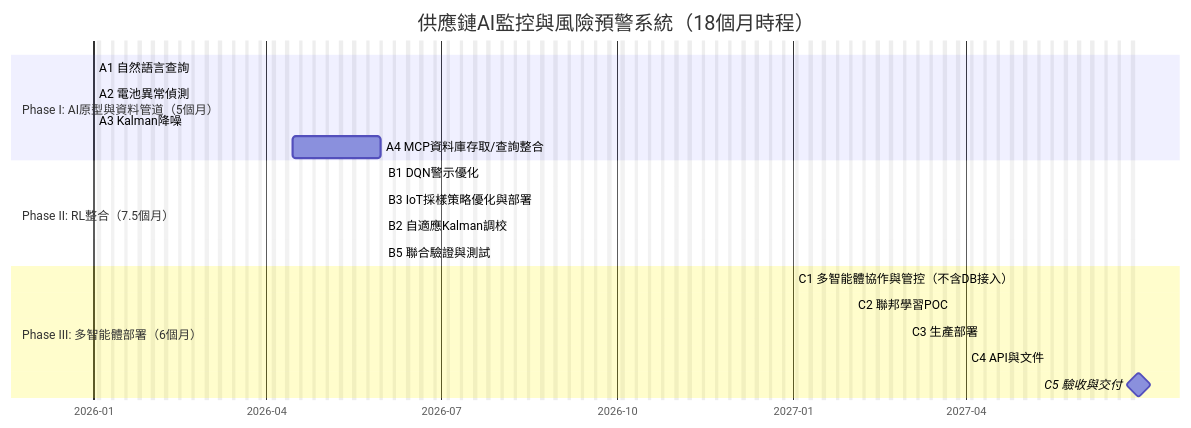
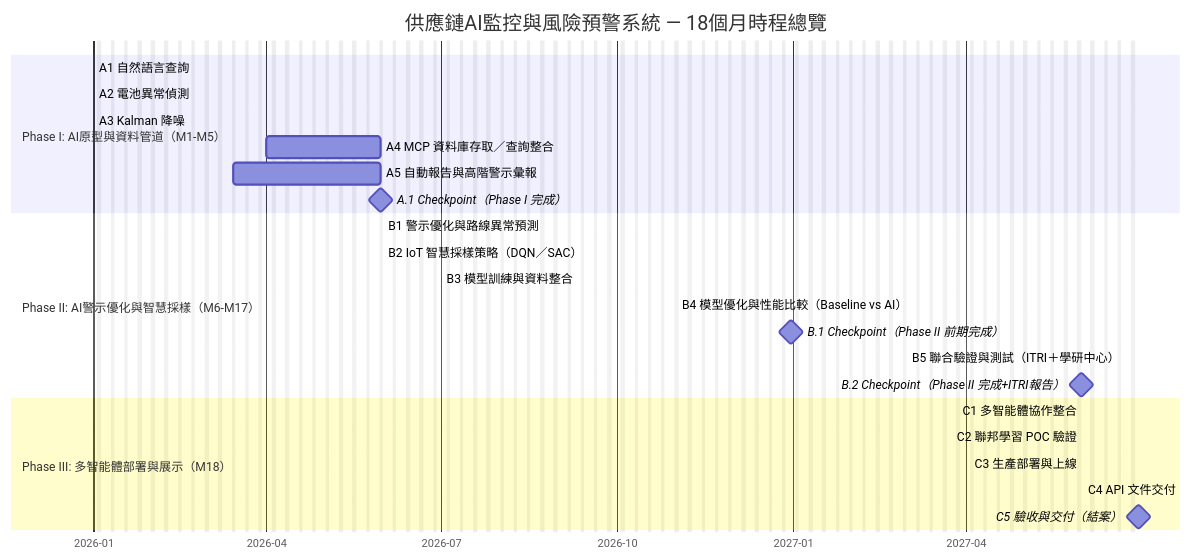
Before and after one commit to jshuo/ai-moea-proposal: the diagram in proposal/AI應用躍昇計畫-計畫書-提交版.md, drawn with Mermaid. The commit also changed other lines of this file, not shown here.

````diff
--- a/proposal/AI應用躍昇計畫-計畫書-提交版.md
+++ b/proposal/AI應用躍昇計畫-計畫書-提交版.md
@@ -396,26 +402,42 @@
 ```mermaid
 gantt
-    title 供應鏈AI監控與風險預警系統（18個月時程）
+    title 供應鏈AI監控與風險預警系統 — 18個月時程總覽
     dateFormat  YYYY-MM-DD
     axisFormat  %Y-%m
     excludes    weekends
 
-  section Phase I: AI原型與資料管道（5個月）
-    A1 自然語言查詢                 :a1, 2026-01-01, 3.5m
-    A2 電池異常偵測                 :a2, 2026-01-01, 3.5m
-    A3 Kalman降噪                   :a3, 2026-01-01, 3.0m
-  A4 MCP資料庫存取/查詢整合        :a4, 2026-04-15, 2026-05-31
+    %% -------------------------
+    %% Phase I: 2026-01-01 ~ 2026-05-31 (5m, M1-M5)
+    %% -------------------------
+    section Phase I: AI原型與資料管道（M1-M5）
+    A1 自然語言查詢                       :a1, 2026-01-01, 3.5m
+    A2 電池異常偵測                       :a2, 2026-01-01, 3.5m
+    A3 Kalman 降噪                        :a3, 2026-01-01, 3.0m
+    A4 MCP 資料庫存取／查詢整合            :a4, 2026-04-01, 2026-05-31
+    A5 自動報告與高階警示彙報             :a5, 2026-03-15, 2026-05-31
+    A.1 Checkpoint（Phase I 完成）        :milestone, a_cp, 2026-05-31, 0d
 
-    section Phase II: RL整合（7.5個月）
-  B1 DQN警示優化              :b1, 2026-06-01, 4.0m
-    B3 IoT採樣策略優化與部署    :b3, 2026-06-01, 5.5m
-  B2 自適應Kalman調校             :b2, 2026-06-01, 3.5m
-    B5 聯合驗證與測試               :b5, after b1 b3 b2, 1.0m
+    %% -------------------------
+    %% Phase II: 2026-06-01 ~ 2027-05-31 (12m, M6-M17)
+    %% 註：2026/04-05 為重疊準備期
+    %% -------------------------
+    section Phase II: AI警示優化與智慧採樣（M6-M17）
+    B1 警示優化與路線異常預測                       :b1, 2026-06-01, 6m
+    B2 IoT 智慧採樣策略（DQN／SAC）                 :b2, 2026-06-01, 8m
+    B3 模型訓練與資料整合                          :b3, 2026-07-01, 7m
+    B4 模型優化與性能比較（Baseline vs AI）          :b4, 2026-11-01, 4m
+    B.1 Checkpoint（Phase II 前期完成）             :milestone, b1_cp, 2026-12-31, 0d
+    B5 聯合驗證與測試（ITRI＋學研中心）             :b5, 2027-03-01, 3m
+    B.2 Checkpoint（Phase II 完成+ITRI報告）        :milestone, b2_cp, 2027-05-31, 0d
 
-    section Phase III: 多智能體部署（6個月）
-    C1 多智能體協作與管控（不含DB接入） :c1, 2027-01-01, 3.0m
-    C2 聯邦學習POC                   :c2, 2027-02-01, 2.5m
-    C3 生產部署                      :c3, 2027-03-01, 2.5m
-    C4 API與文件                     :c4, 2027-04-01, 1.0m
-    C5 驗收與交付                    :milestone, c5, 2027-06-30, 0d
+    %% -------------------------
+    %% Phase III: 2027-06-01 ~ 2027-06-30 (1m, M18)
+    %% -------------------------
+    section Phase III: 多智能體部署與展示（M18）
+    C1 多智能體協作整合                             :c1, 2027-06-01, 1m
+    C2 聯邦學習 POC 驗證                             :c2, 2027-06-01, 1m
+    C3 生產部署與上線                               :c3, 2027-06-01, 1m
+    C4 API 文件交付                                  :c4, 2027-06-01, 1m
+    C5 驗收與交付（結案）                            :milestone, c5, 2027-06-30, 0d
+
 ```
````
